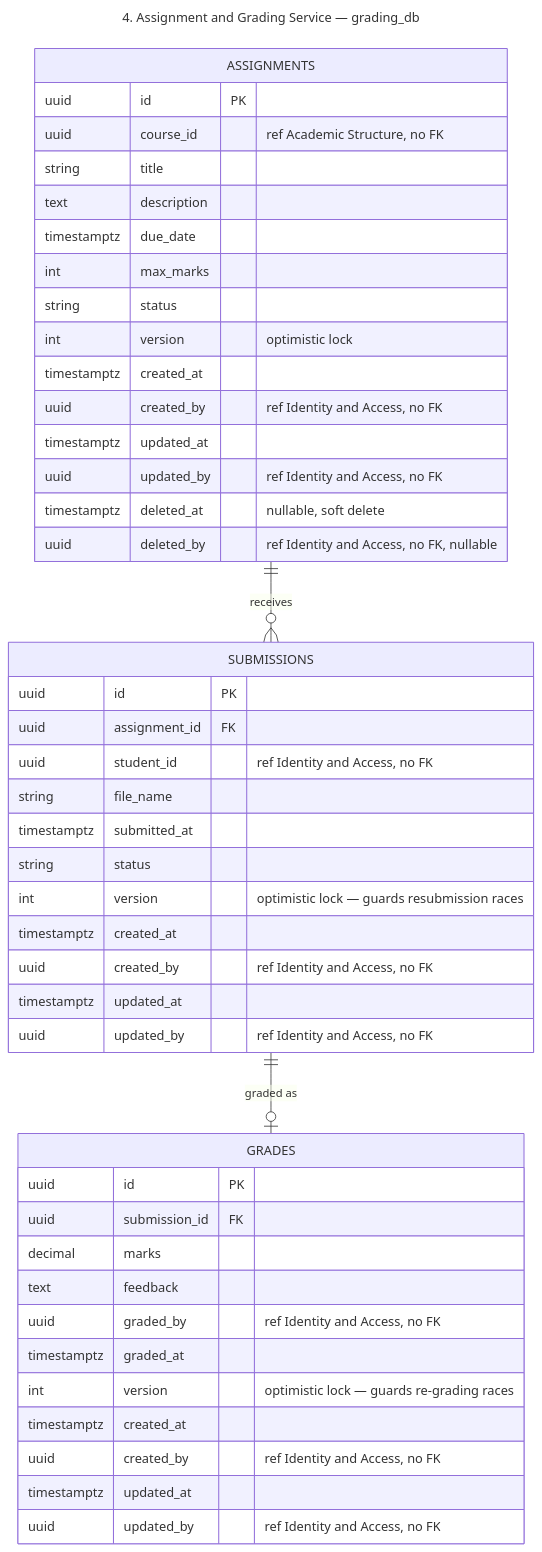
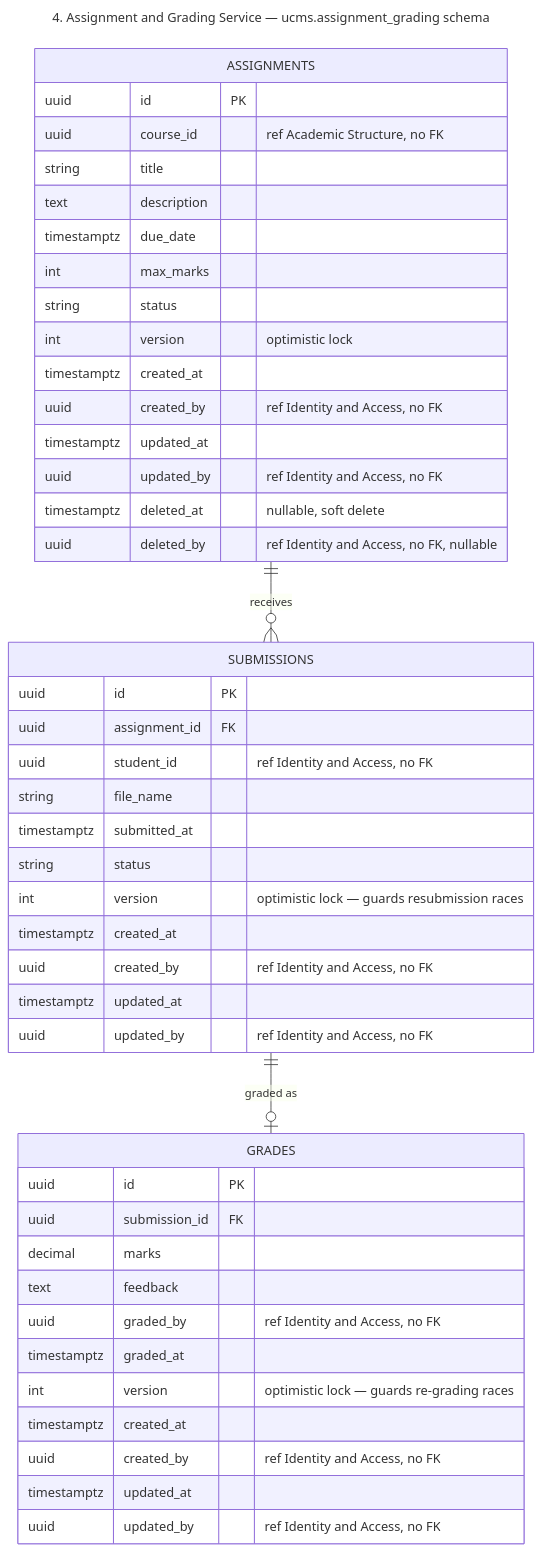
Before and after one commit to ESD-ONE/University-Course-Management-System: the diagram in docs/architecture/tables-04-assignment-grading.mmd, drawn with Mermaid. The commit also changed 19 other files, not shown here.

First line of the commit message:
Sync architecture diagrams: schema-per-service, not database-per-service

```diff
--- a/docs/architecture/tables-04-assignment-grading.mmd
+++ b/docs/architecture/tables-04-assignment-grading.mmd
@@ -1,49 +1,49 @@
 ---
-title: 4. Assignment and Grading Service — grading_db
+title: 4. Assignment and Grading Service — ucms.assignment_grading schema
 ---
 erDiagram
     ASSIGNMENTS {
         uuid id PK
         uuid course_id "ref Academic Structure, no FK"
         string title
         text description
         timestamptz due_date
         int max_marks
         string status
         int version "optimistic lock"
         timestamptz created_at
         uuid created_by "ref Identity and Access, no FK"
         timestamptz updated_at
         uuid updated_by "ref Identity and Access, no FK"
         timestamptz deleted_at "nullable, soft delete"
         uuid deleted_by "ref Identity and Access, no FK, nullable"
     }
     SUBMISSIONS {
         uuid id PK
         uuid assignment_id FK
         uuid student_id "ref Identity and Access, no FK"
         string file_name
         timestamptz submitted_at
         string status
         int version "optimistic lock — guards resubmission races"
         timestamptz created_at
         uuid created_by "ref Identity and Access, no FK"
         timestamptz updated_at
         uuid updated_by "ref Identity and Access, no FK"
     }
     GRADES {
         uuid id PK
         uuid submission_id FK
         decimal marks
         text feedback
         uuid graded_by "ref Identity and Access, no FK"
         timestamptz graded_at
         int version "optimistic lock — guards re-grading races"
         timestamptz created_at
         uuid created_by "ref Identity and Access, no FK"
         timestamptz updated_at
         uuid updated_by "ref Identity and Access, no FK"
     }
 
     ASSIGNMENTS ||--o{ SUBMISSIONS : "receives"
     SUBMISSIONS ||--o| GRADES : "graded as"
```
